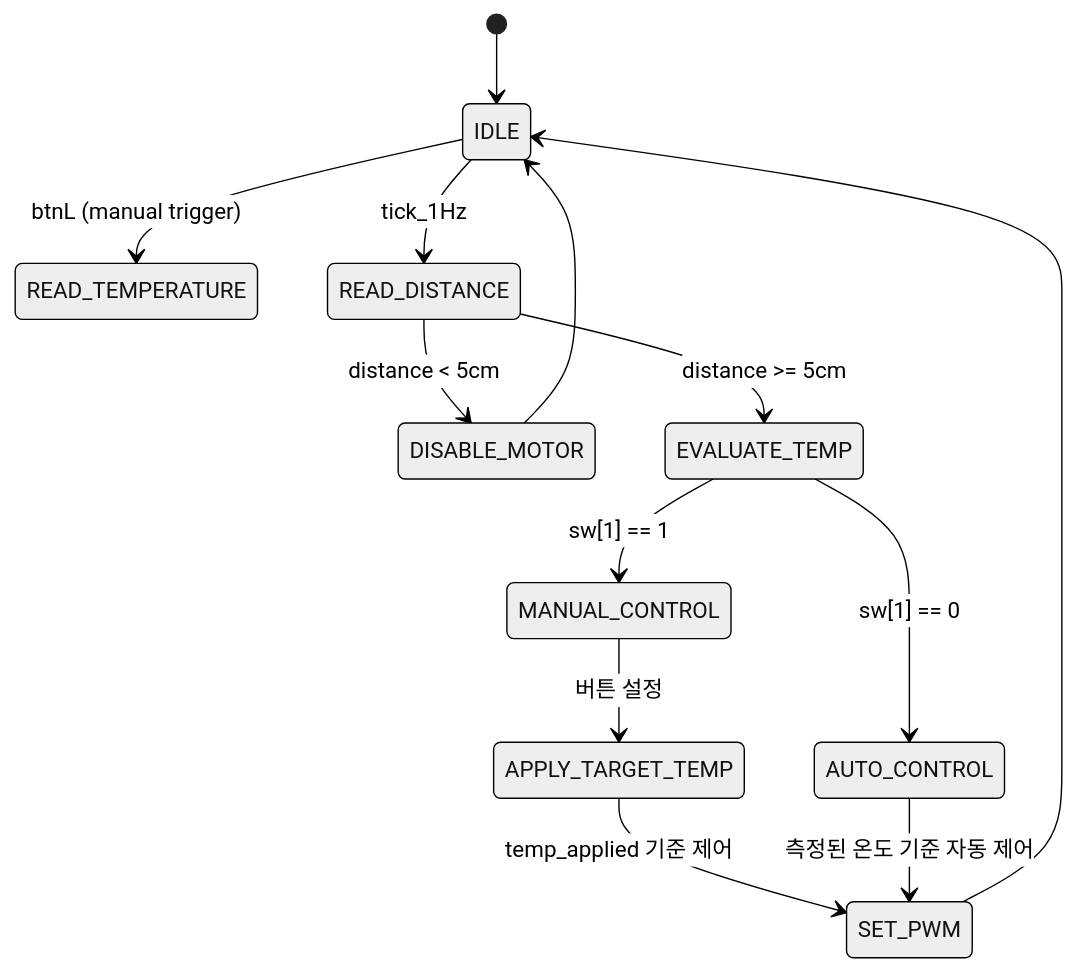
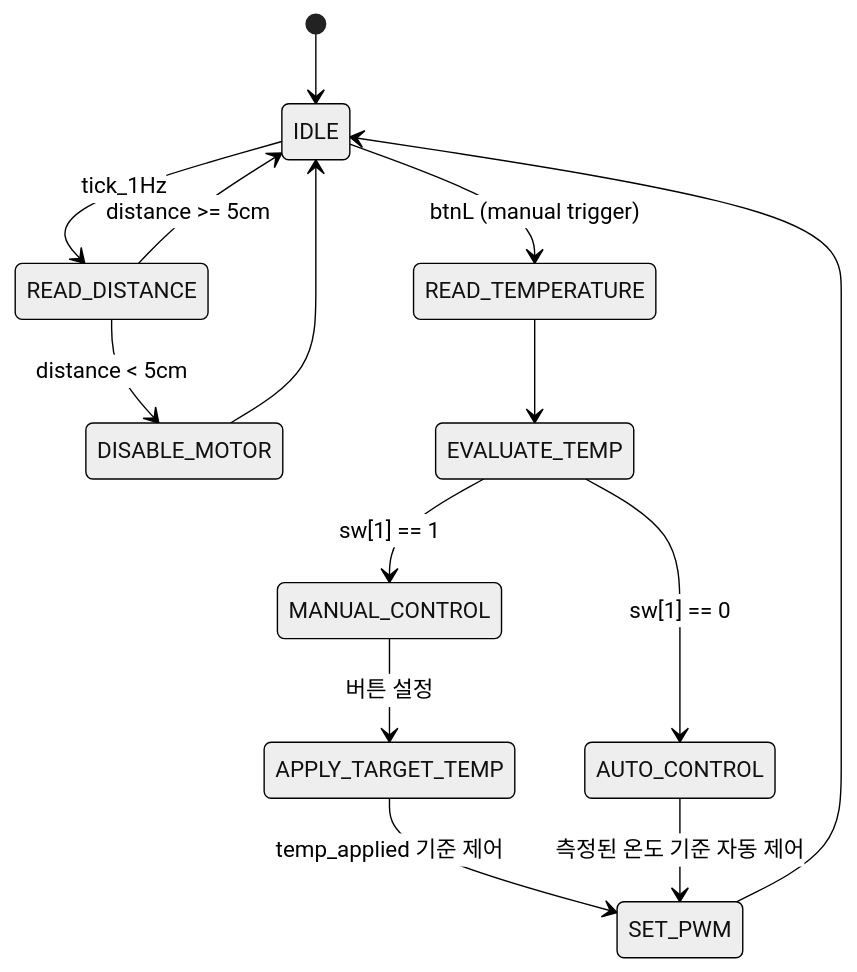
The third of 5 diagrams in 15.BESPOKE/README.md (SE0NGH0/AI_Verilog_HDL), drawn with Mermaid (neutral theme) before and after one commit.

````diff
--- a/15.BESPOKE/README.md
+++ b/15.BESPOKE/README.md
@@ -94,15 +94,16 @@
 ```mermaid
 stateDiagram-v2
     [*] --> IDLE
+    IDLE --> READ_DISTANCE: tick_1Hz
     IDLE --> READ_TEMPERATURE: btnL (manual trigger)
-    IDLE --> READ_DISTANCE: tick_1Hz
     READ_DISTANCE --> DISABLE_MOTOR: distance < 5cm
-    READ_DISTANCE --> EVALUATE_TEMP: distance >= 5cm
+    READ_DISTANCE --> IDLE: distance >= 5cm
+    READ_TEMPERATURE --> EVALUATE_TEMP
     EVALUATE_TEMP --> MANUAL_CONTROL: sw[1] == 1
     EVALUATE_TEMP --> AUTO_CONTROL: sw[1] == 0
     MANUAL_CONTROL --> APPLY_TARGET_TEMP: 버튼 설정
     APPLY_TARGET_TEMP --> SET_PWM: temp_applied 기준 제어
     AUTO_CONTROL --> SET_PWM: 측정된 온도 기준 자동 제어
     SET_PWM --> IDLE
     DISABLE_MOTOR --> IDLE
 ```
````
